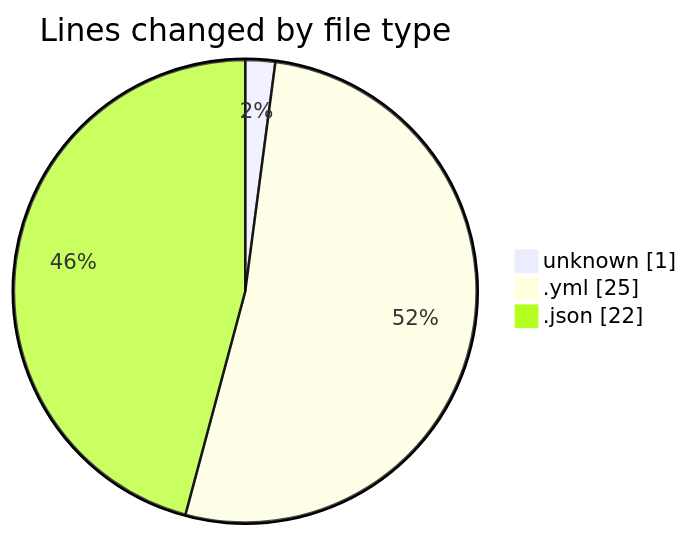
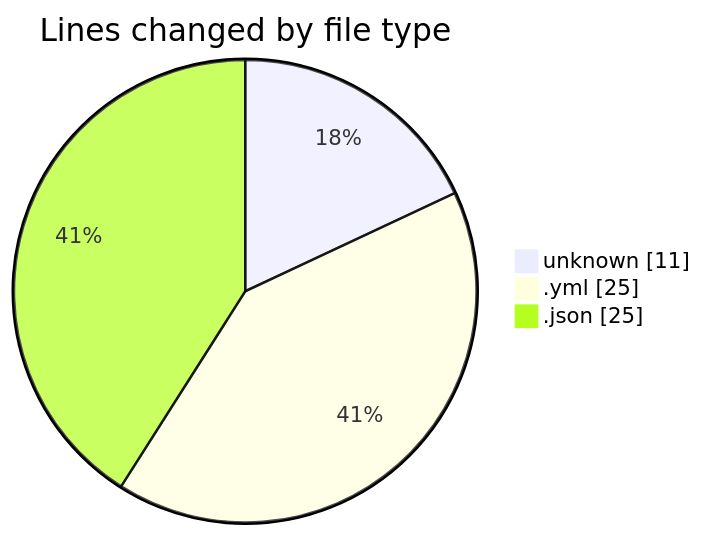
Before and after one commit to earendildev/code-tracking: the first of 2 diagrams in 2025-05-09/scripts__workspace_/README.md, drawn with Mermaid. The commit also changed other lines of this file and 1 other file, not shown here.

````diff
--- a/2025-05-09/scripts__workspace_/README.md
+++ b/2025-05-09/scripts__workspace_/README.md
@@ -23,7 +24,7 @@
 ```mermaid
 pie showData
 title Lines changed by file type
-"unknown" : 1
+"unknown" : 11
 ".yml" : 25
-".json" : 22
+".json" : 25
 ```
````
